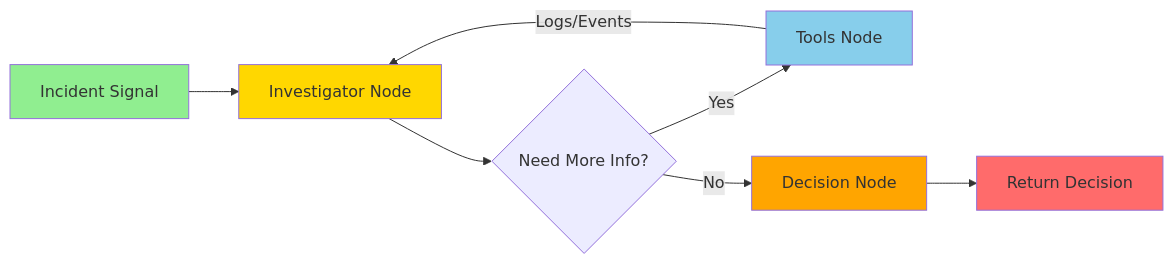
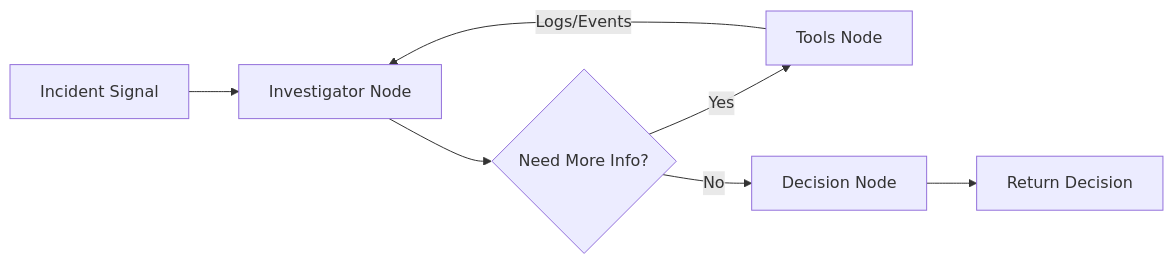
The diagram in agent-service/README.md (Mohamedaslam227/Agentic-Logs-Analyzer), drawn with Mermaid before and after one commit. The commit also changed other lines of this file and 2 other files, not shown here.

First line of the commit message:
docs: Update READMEs with diagrams, remove emojis, and add project services

````diff
--- a/agent-service/README.md
+++ b/agent-service/README.md
@@ -13,15 +13,9 @@
 ```mermaid
 graph LR
     A[Incident Signal] --> B[Investigator Node]
     B --> C{Need More Info?}
     C -->|Yes| D[Tools Node]
     D -->|Logs/Events| B
     C -->|No| E[Decision Node]
     E --> F[Return Decision]
-    
-    style A fill:#90EE90
-    style B fill:#FFD700
-    style D fill:#87CEEB
-    style E fill:#FFA500
-    style F fill:#FF6B6B
 ```
````
